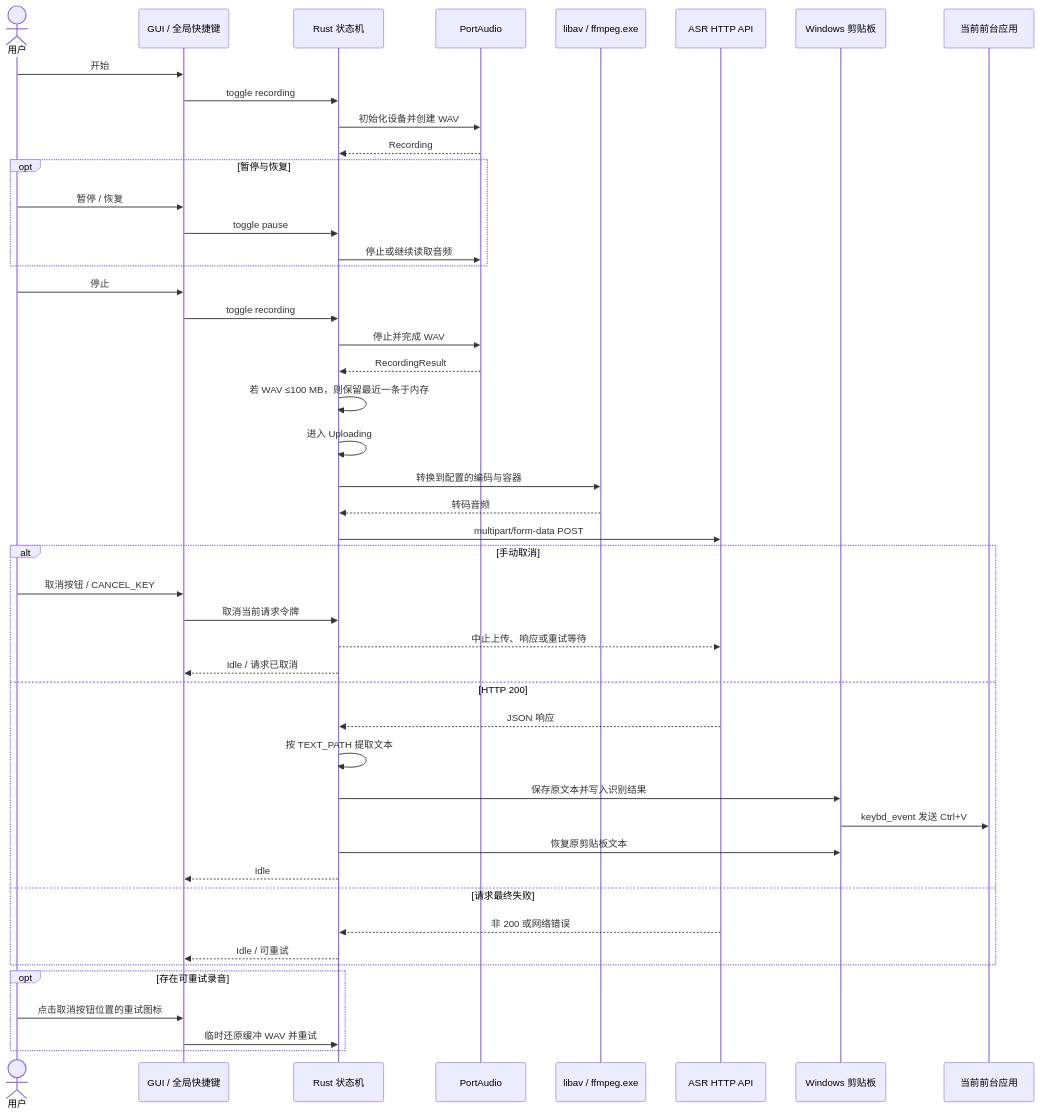
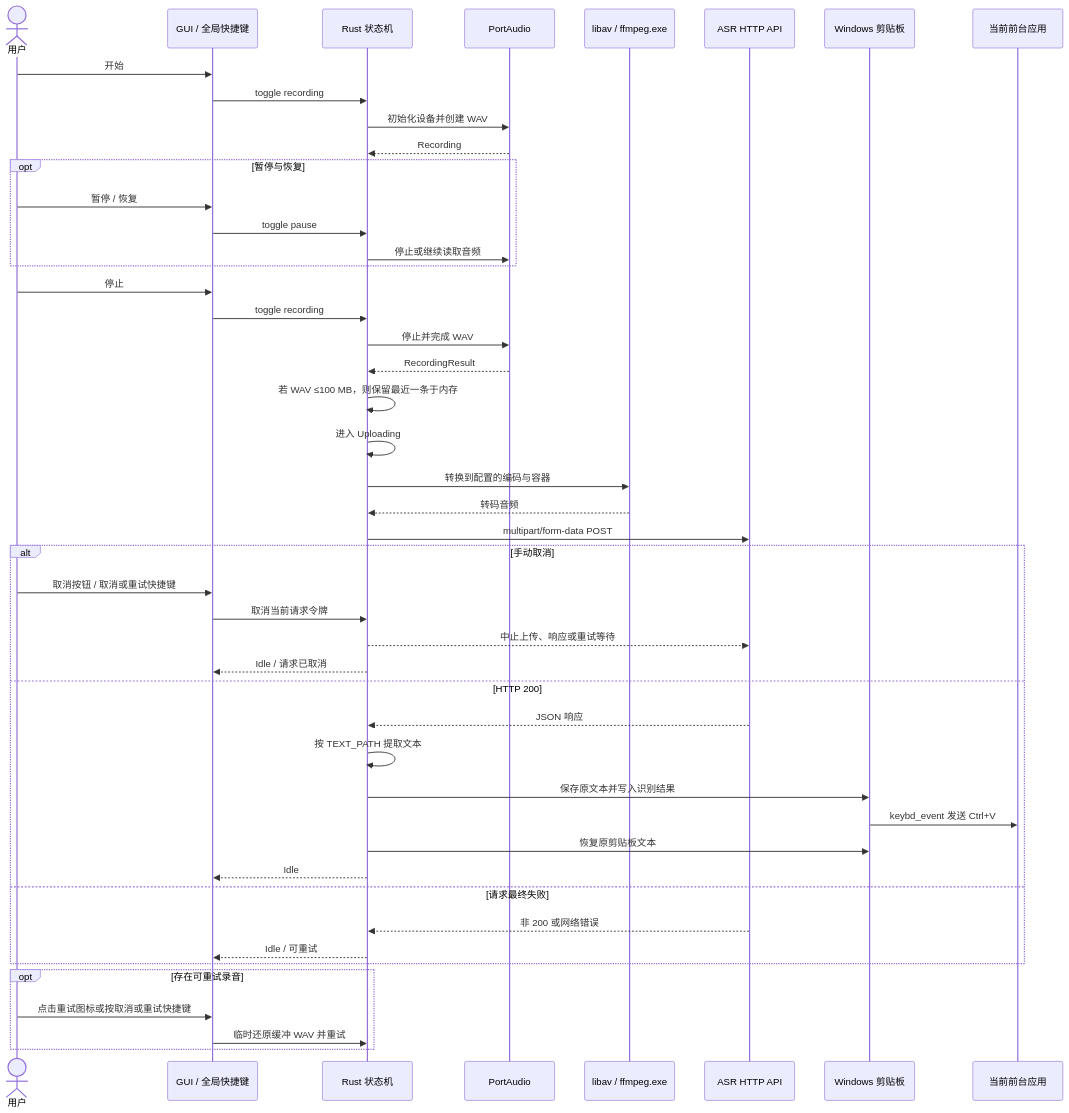
One commit to Joey-Kot/STT-for-Windows changed the second of 3 diagrams in README_ZH.md. Above: the diagram before and after it, drawn with Mermaid. The commit also changed other lines of this file and 12 other files, not shown here.

````diff
--- a/README_ZH.md
+++ b/README_ZH.md
@@ -99,54 +100,54 @@
 ```mermaid
 sequenceDiagram
     actor User as 用户
     participant Control as GUI / 全局快捷键
     participant Runtime as Rust 状态机
     participant Recorder as PortAudio
     participant Converter as libav / ffmpeg.exe
     participant ASR as ASR HTTP API
     participant Clipboard as Windows 剪贴板
     participant App as 当前前台应用
 
     User->>Control: 开始
     Control->>Runtime: toggle recording
     Runtime->>Recorder: 初始化设备并创建 WAV
     Recorder-->>Runtime: Recording
 
     opt 暂停与恢复
         User->>Control: 暂停 / 恢复
         Control->>Runtime: toggle pause
         Runtime->>Recorder: 停止或继续读取音频
     end
 
     User->>Control: 停止
     Control->>Runtime: toggle recording
     Runtime->>Recorder: 停止并完成 WAV
     Recorder-->>Runtime: RecordingResult
     Runtime->>Runtime: 若 WAV ≤100 MB，则保留最近一条于内存
     Runtime->>Runtime: 进入 Uploading
     Runtime->>Converter: 转换到配置的编码与容器
     Converter-->>Runtime: 转码音频
     Runtime->>ASR: multipart/form-data POST
 
     alt 手动取消
-        User->>Control: 取消按钮 / CANCEL_KEY
+        User->>Control: 取消按钮 / 取消或重试快捷键
         Control->>Runtime: 取消当前请求令牌
         Runtime-->>ASR: 中止上传、响应或重试等待
         Runtime-->>Control: Idle / 请求已取消
     else HTTP 200
         ASR-->>Runtime: JSON 响应
         Runtime->>Runtime: 按 TEXT_PATH 提取文本
         Runtime->>Clipboard: 保存原文本并写入识别结果
         Clipboard->>App: keybd_event 发送 Ctrl+V
         Runtime->>Clipboard: 恢复原剪贴板文本
         Runtime-->>Control: Idle
     else 请求最终失败
         ASR-->>Runtime: 非 200 或网络错误
         Runtime-->>Control: Idle / 可重试
     end
 
     opt 存在可重试录音
-        User->>Control: 点击取消按钮位置的重试图标
+        User->>Control: 点击重试图标或按取消或重试快捷键
         Control->>Runtime: 临时还原缓冲 WAV 并重试
     end
 ```
````
